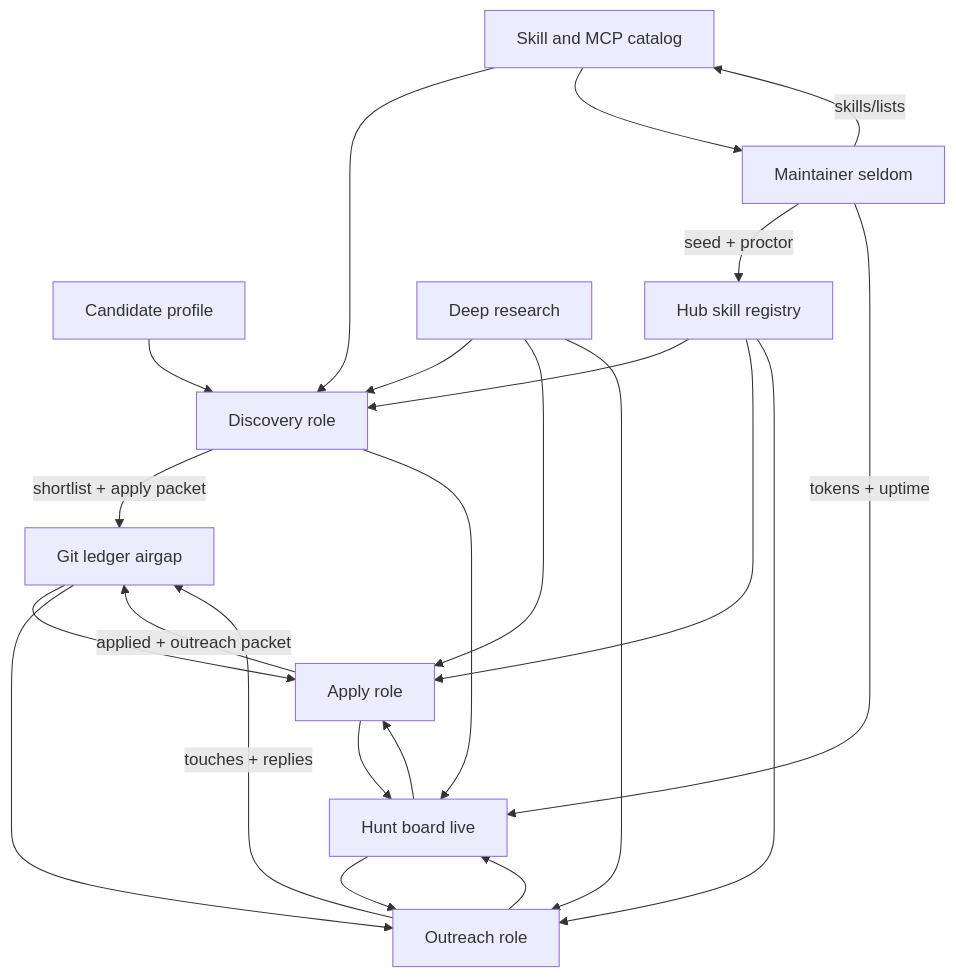
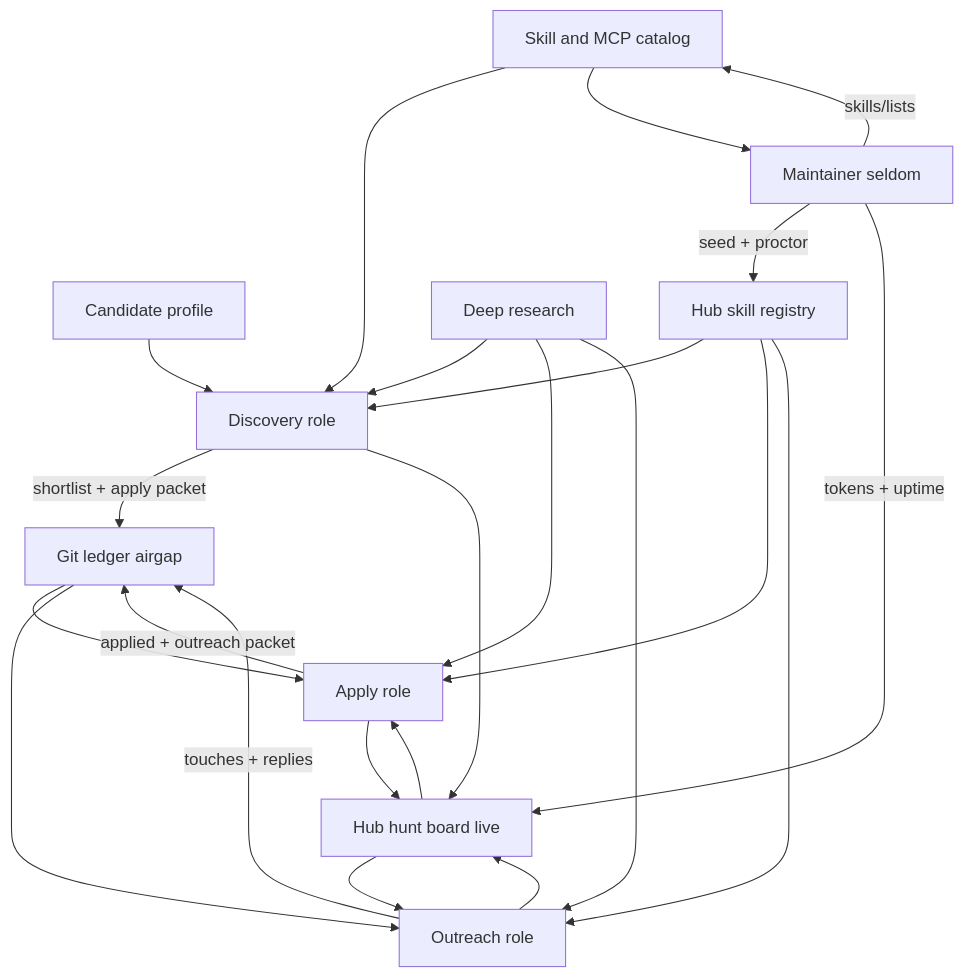
Before and after one commit to unownone/jobos: the diagram in README.md, drawn with Mermaid. The commit also changed other lines of this file and 33 other files, not shown here.

````diff
--- a/README.md
+++ b/README.md
@@ -71,36 +81,36 @@
 ```mermaid
 flowchart TD
   profile[Candidate profile]
   catalog[Skill and MCP catalog]
   registry[Hub skill registry]
   research[Deep research]
   discovery[Discovery role]
   ledger[Git ledger airgap]
-  board[Hunt board live]
+  board[Hub hunt board live]
   apply[Apply role]
   outreach[Outreach role]
   maintainer[Maintainer seldom]
 
   profile --> discovery
   catalog --> discovery
   catalog --> maintainer
   registry --> discovery
   registry --> apply
   registry --> outreach
   maintainer -->|"skills/lists"| catalog
   maintainer -->|"seed + proctor"| registry
   maintainer -->|"tokens + uptime"| board
   research --> discovery
   research --> apply
   research --> outreach
   discovery -->|"shortlist + apply packet"| ledger
   discovery --> board
   ledger --> apply
   board --> apply
   apply -->|"applied + outreach packet"| ledger
   apply --> board
   ledger --> outreach
   board --> outreach
   outreach -->|"touches + replies"| ledger
   outreach --> board
 ```
````
